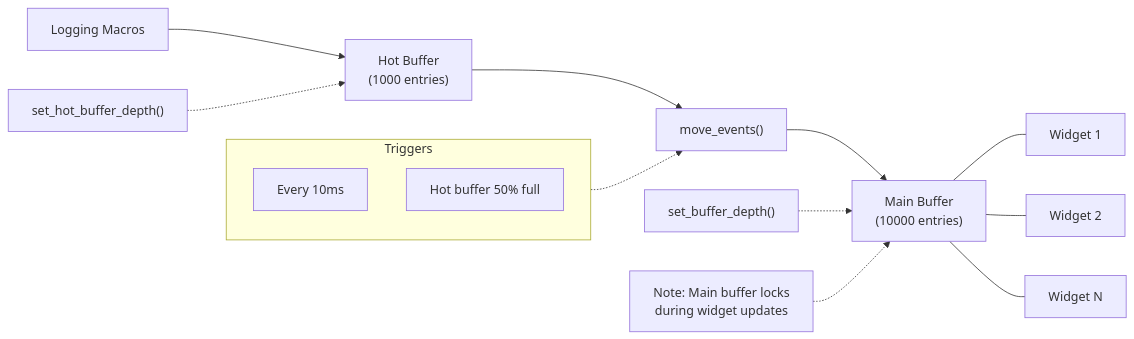
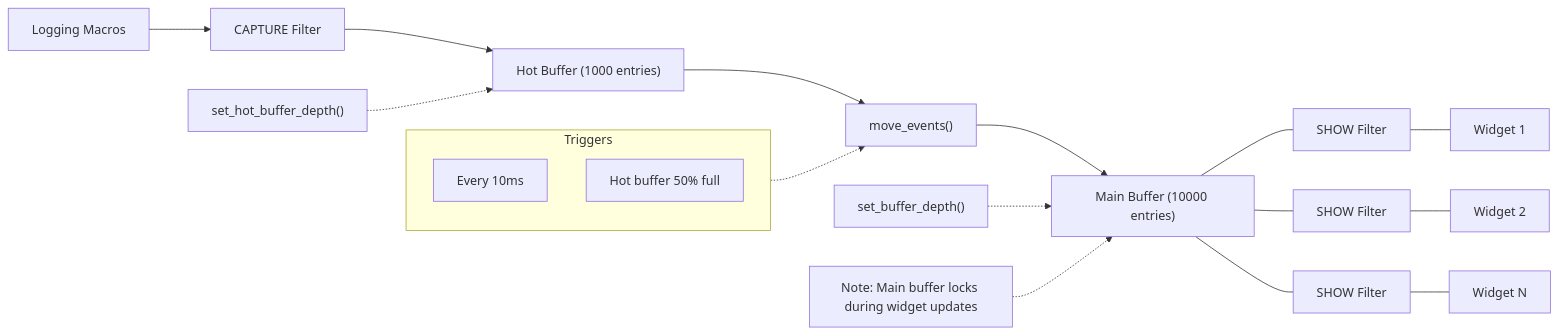
The diagram in README.md (gin66/tui-logger), drawn with Mermaid before and after one commit.

Commit message:
Update mermaid diagram in README.md

````diff
--- a/README.md
+++ b/README.md
@@ -208,26 +208,26 @@
 ```mermaid
 flowchart LR
-    Logging["Logging Macros"] --> HotBuffer["Hot Buffer\n(1000 entries)"]
+    Logging["Logging Macros"] --> Capture["CAPTURE Filter"] --> HotBuffer["Hot Buffer (1000 entries)"]
     
     MoveEvents["move_events()"]
     HotBuffer --> MoveEvents
-    MoveEvents --> MainBuffer["Main Buffer\n(10000 entries)"]
+    MoveEvents --> MainBuffer["Main Buffer (10000 entries)"]
     
-    MainBuffer --- Widget1["Widget 1"]
-    MainBuffer --- Widget2["Widget 2"]
-    MainBuffer --- Widget3["Widget N"]
+    MainBuffer --- Show1["SHOW Filter"] --- Widget1["Widget 1"]
+    MainBuffer --- Show2["SHOW Filter"] --- Widget2["Widget 2"]
+    MainBuffer --- ShowN["SHOW Filter"] --- Widget3["Widget N"]
     
     Config1["set_hot_buffer_depth()"] -.-> HotBuffer
     Config2["set_buffer_depth()"] -.-> MainBuffer
     
     subgraph Triggers["Triggers"]
         direction TB
         T1["Every 10ms"]
         T2["Hot buffer 50% full"]
     end
     
     Triggers -.-> MoveEvents
     
-    note["Note: Main buffer locks\nduring widget updates"]
+    note["Note: Main buffer locks during widget updates"]
     note -.-> MainBuffer
 ```
````
